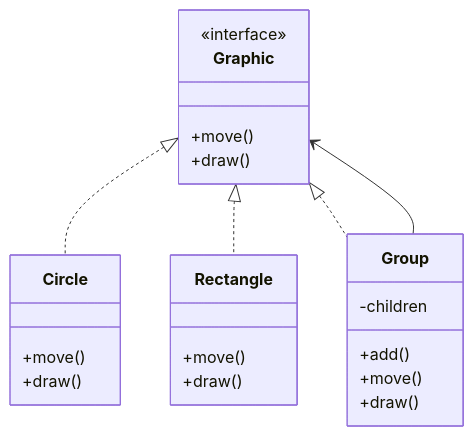
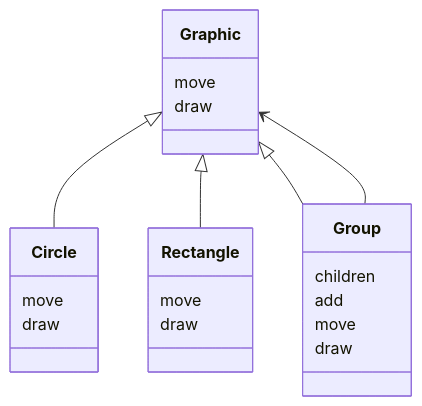
Before and after one commit to gojosatoru123-ux/CacheU: the sixth of 6 diagrams in src/content/lld-composite-design-pattern.md, drawn with Mermaid. The commit also changed other lines of this file and 21 other files, not shown here.

````diff
--- a/src/content/lld-composite-design-pattern.md
+++ b/src/content/lld-composite-design-pattern.md
@@ -770,30 +768,29 @@
 ```mermaid
 classDiagram
-    class Graphic {
-        <<interface>>
-        +move()
-        +draw()
-    }
+class Graphic {
+    move
+    draw
+}
 
-    class Circle {
-        +move()
-        +draw()
-    }
+class Circle {
+    move
+    draw
+}
 
-    class Rectangle {
-        +move()
-        +draw()
-    }
+class Rectangle {
+    move
+    draw
+}
 
-    class Group {
-        -children
-        +add()
-        +move()
-        +draw()
-    }
+class Group {
+    children
+    add
+    move
+    draw
+}
 
-    Graphic <|.. Circle
-    Graphic <|.. Rectangle
-    Graphic <|.. Group
-    Group --> Graphic
+Graphic <|-- Circle
+Graphic <|-- Rectangle
+Graphic <|-- Group
+Group --> Graphic
 ```
````
